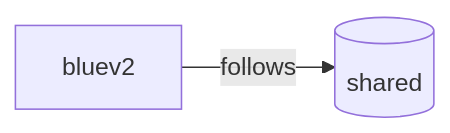
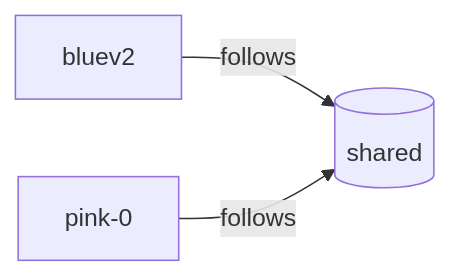
One commit to ressu/klipper-config-backup changed the diagram in README.md. Above: the diagram before and after it, drawn with Mermaid. The commit also changed other lines of this file, not shown here.

Commit message:
Updated pink-0 in README.md

````diff
--- a/README.md
+++ b/README.md
@@ -15,5 +16,6 @@
 ```mermaid
 flowchart LR
   shared[(shared)]
   p0["bluev2"] -- follows --> shared
+  p1["pink-0"] -- follows --> shared
 ```
````
